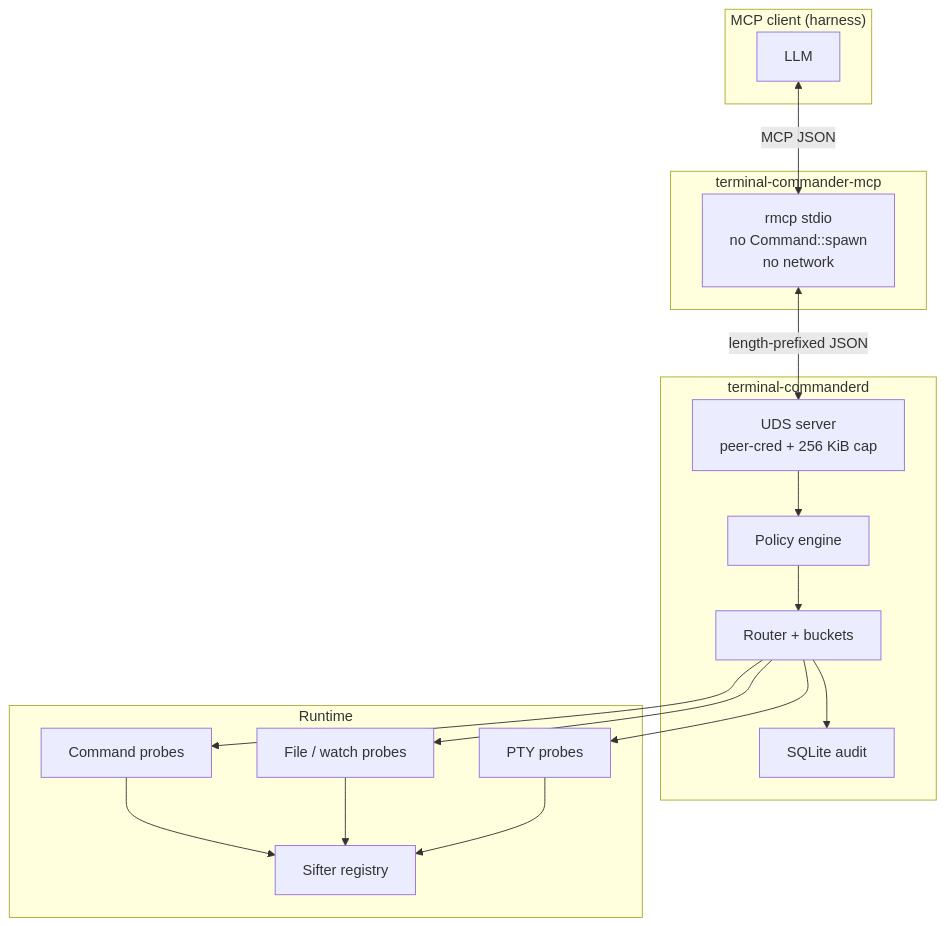
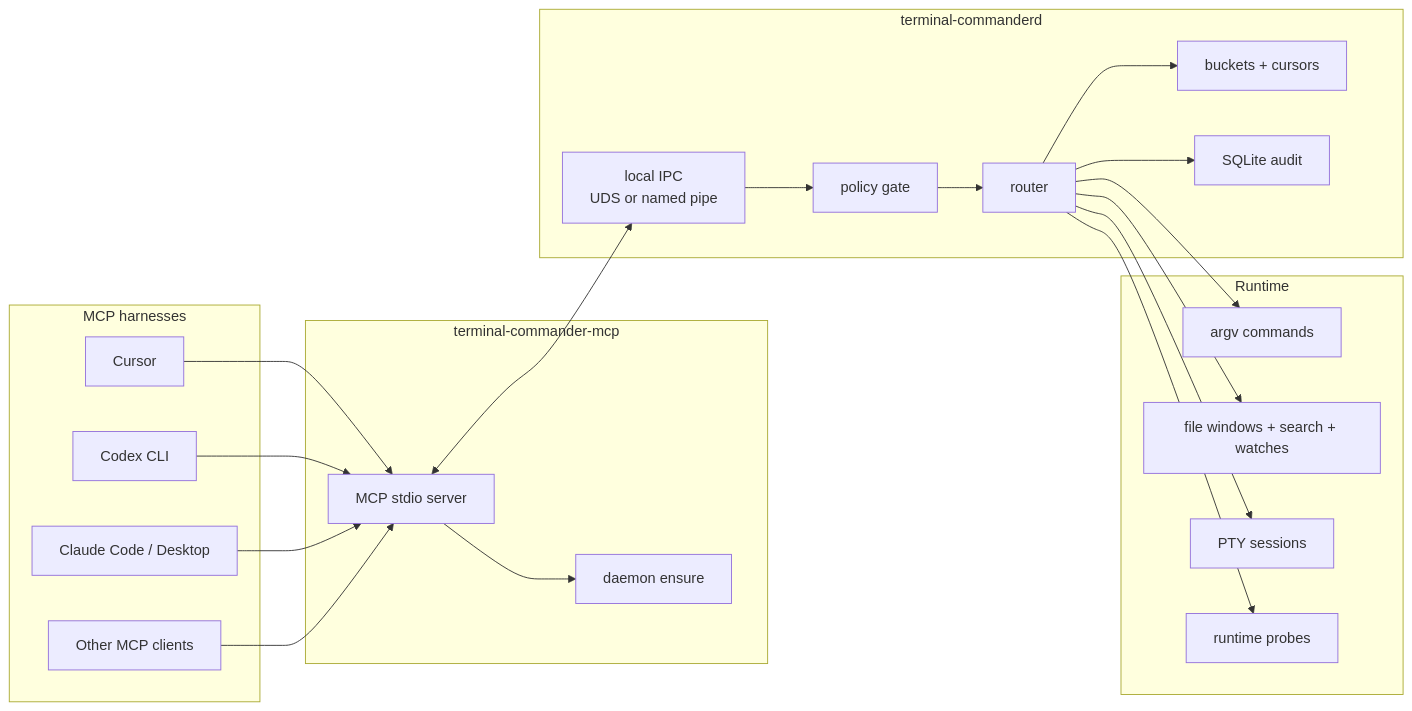
One commit to special-place-ai-heaven/terminal-commander changed the first of 2 diagrams in README.md. Above: the diagram before and after it, drawn with Mermaid. The commit also changed other lines of this file and 17 other files, not shown here.

````diff
--- a/README.md
+++ b/README.md
@@ -105,36 +116,44 @@
 ```mermaid
-flowchart TB
-  subgraph client["MCP client (harness)"]
-    LLM["LLM"]
+flowchart LR
+  subgraph harness["MCP harnesses"]
+    Cursor["Cursor"]
+    Codex["Codex CLI"]
+    Claude["Claude Code / Desktop"]
+    Other["Other MCP clients"]
   end
 
   subgraph adapter["terminal-commander-mcp"]
-    RMCP["rmcp stdio\nno Command::spawn\nno network"]
+    MCP["MCP stdio server"]
+    Ensure["daemon ensure"]
   end
 
   subgraph daemon["terminal-commanderd"]
-    IPC["UDS server\npeer-cred + 256 KiB cap"]
-    Policy["Policy engine"]
-    Router["Router + buckets"]
+    IPC["local IPC\nUDS or named pipe"]
+    Policy["policy gate"]
+    Router["router"]
+    Buckets["buckets + cursors"]
     Audit["SQLite audit"]
   end
 
-  subgraph work["Runtime"]
-    Cmd["Command probes"]
-    File["File / watch probes"]
-    PTY["PTY probes"]
-    Sift["Sifter registry"]
+  subgraph runtime["Runtime"]
+    Commands["argv commands"]
+    Files["file windows + search + watches"]
+    Pty["PTY sessions"]
+    Probes["runtime probes"]
   end
 
-  LLM <-->|"MCP JSON"| RMCP
-  RMCP <-->|"length-prefixed JSON"| IPC
+  Cursor --> MCP
+  Codex --> MCP
+  Claude --> MCP
+  Other --> MCP
+  MCP --> Ensure
+  MCP <--> IPC
   IPC --> Policy
   Policy --> Router
-  Router --> Cmd
-  Router --> File
-  Router --> PTY
-  Cmd --> Sift
-  File --> Sift
-  PTY --> Sift
+  Router --> Commands
+  Router --> Files
+  Router --> Pty
+  Router --> Probes
+  Router --> Buckets
   Router --> Audit
 ```
````
